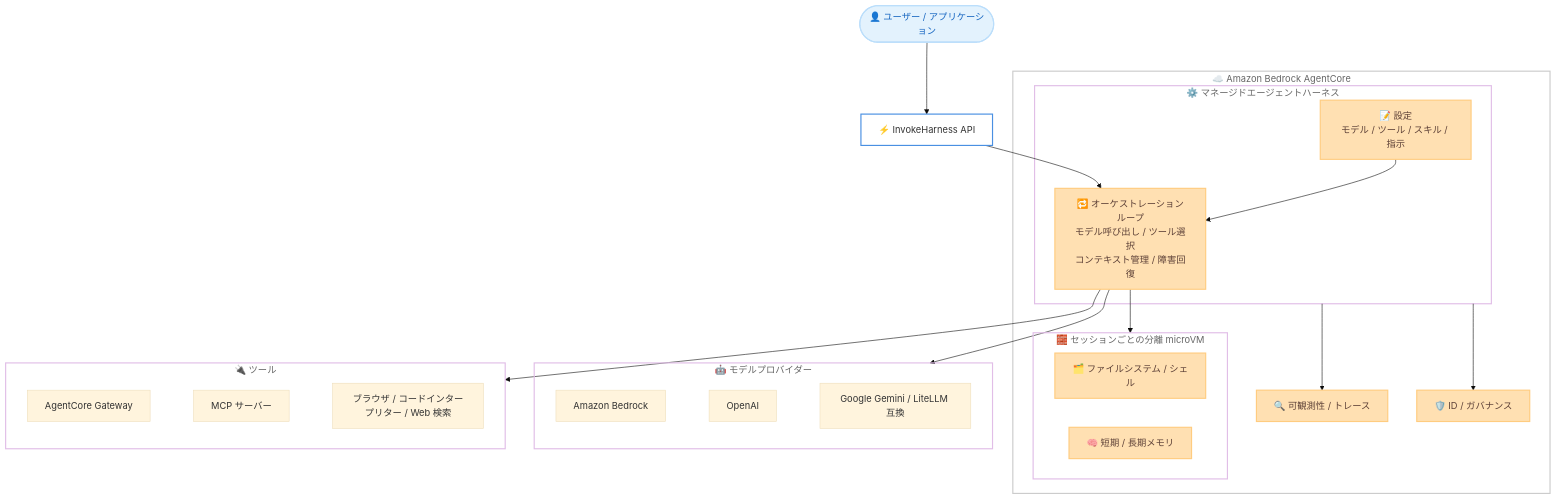
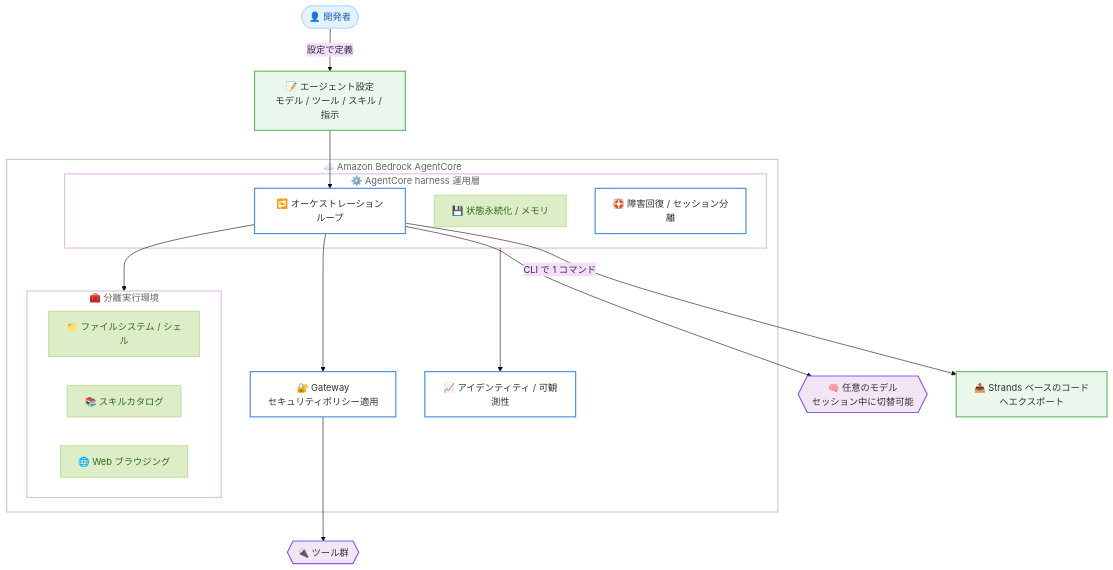
One commit to takech9203/aws-news-summary changed the diagram in reports/2026/2026-06-17-amazon-bedrock-agentcore-harness-generally-available.md. Above: the diagram before and after it, drawn with Mermaid (base theme). The commit also changed other lines of this file and 27 other files, not shown here.

````diff
--- a/reports/2026/2026-06-17-amazon-bedrock-agentcore-harness-generally-available.md
+++ b/reports/2026/2026-06-17-amazon-bedrock-agentcore-harness-generally-available.md
@@ -31,54 +38,47 @@
 ```mermaid
 flowchart TD
-    User(["👤 ユーザー / アプリケーション"]) --> Invoke["⚡ InvokeHarness API"]
+    Dev(["👤 開発者"]) -->|設定で定義| Config["📝 エージェント設定<br/>モデル / ツール / スキル / 指示"]
 
     subgraph AgentCore["☁️ Amazon Bedrock AgentCore"]
-        subgraph Harness["⚙️ マネージドエージェントハーネス"]
-            Loop["🔁 オーケストレーションループ<br/>モデル呼び出し / ツール選択<br/>コンテキスト管理 / 障害回復"]
-            Config["📝 設定<br/>モデル / ツール / スキル / 指示"]
+        subgraph Harness["⚙️ AgentCore harness 運用層"]
+            Loop["🔁 オーケストレーションループ"]
+            State["💾 状態永続化 / メモリ"]
+            Recover["🛟 障害回復 / セッション分離"]
         end
-        subgraph Runtime["🧱 セッションごとの分離 microVM"]
-            FS["🗂️ ファイルシステム / シェル"]
-            Mem["🧠 短期 / 長期メモリ"]
+        subgraph Env["🧰 分離実行環境"]
+            FS["📁 ファイルシステム / シェル"]
+            Skills["📚 スキルカタログ"]
+            Web["🌐 Web ブラウジング"]
         end
-        Obs["🔍 可観測性 / トレース"]
-        Iden["🛡️ ID / ガバナンス"]
+        Gateway["🔐 Gateway<br/>セキュリティポリシー適用"]
+        Obs["📈 アイデンティティ / 可観測性"]
     end
 
-    subgraph Models["🤖 モデルプロバイダー"]
-        direction LR
-        M1["Amazon Bedrock"]
-        M2["OpenAI"]
-        M3["Google Gemini / LiteLLM 互換"]
-        M1 ~~~ M2 ~~~ M3
-    end
+    Models{{"🧠 任意のモデル<br/>セッション中に切替可能"}}
+    Tools{{"🔌 ツール群"}}
 
-    subgraph Tools["🔌 ツール"]
-        direction LR
-        T1["AgentCore Gateway"]
-        T2["MCP サーバー"]
-        T3["ブラウザ / コードインタープリター / Web 検索"]
-        T1 ~~~ T2 ~~~ T3
-    end
-
-    Invoke --> Loop
     Config --> Loop
-    Loop --> Runtime
     Loop --> Models
-    Loop --> Tools
+    Loop --> Gateway
+    Gateway --> Tools
+    Loop --> Env
     Harness --> Obs
-    Harness --> Iden
+    Loop -->|CLI で 1 コマンド| Export["📤 Strands ベースのコードへエクスポート"]
 
     classDef cloud fill:none,stroke:#CCCCCC,stroke-width:2px,color:#666666
     classDef layer fill:none,stroke:#E1BEE7,stroke-width:2px,color:#666666
     classDef compute fill:#FFE0B2,stroke:#FFCC80,stroke-width:2px,color:#5D4037
     classDef storage fill:#DCEDC8,stroke:#C5E1A5,stroke-width:2px,color:#33691E
     classDef user fill:#E3F2FD,stroke:#BBDEFB,stroke-width:2px,color:#1565C0
     classDef process fill:#FFFFFF,stroke:#4A90E2,stroke-width:2px,color:#333333
+    classDef decision fill:#F3E5F5,stroke:#7B61FF,stroke-width:2px,color:#333333
+    classDef input fill:#E9F7EC,stroke:#66BB6A,stroke-width:2px,color:#333333
 
     class AgentCore cloud
-    class Harness,Runtime,Models,Tools layer
-    class Loop,Config,FS,Mem,Obs,Iden compute
-    class Invoke process
-    class User user
+    class Harness,Env layer
+    class Loop,Recover,Gateway,Obs process
+    class State,FS,Skills,Web storage
+    class Config,Export input
+    class Models,Tools decision
+    class Dev user
 ```
````
